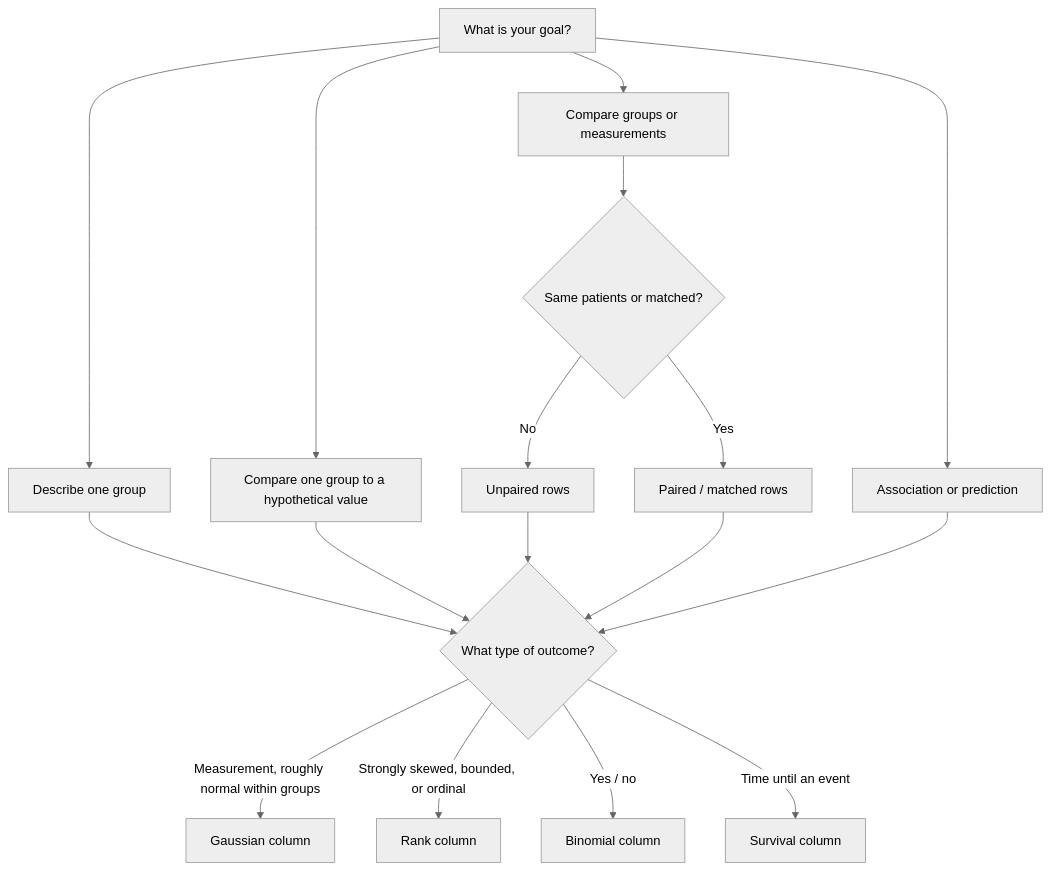
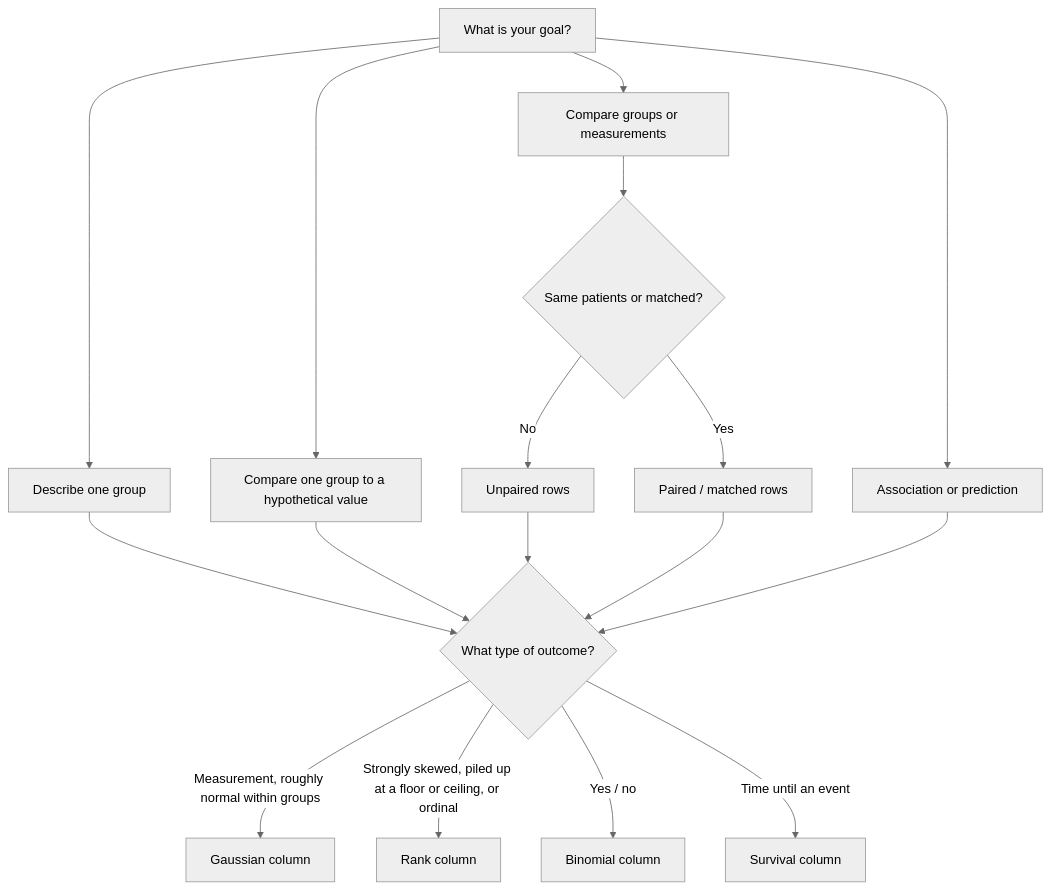
One commit to hfr-ortho/stats-formation changed the diagram in en/foundations/03-distributions.qmd. Above: the diagram before and after it, drawn with Mermaid (neutral theme). The commit also changed other lines of this file and 26 other files, not shown here.

````diff
--- a/en/foundations/03-distributions.qmd
+++ b/en/foundations/03-distributions.qmd
@@ -448,19 +448,19 @@
 ```{mermaid}
 flowchart TD
   A[What is your goal?] --> B[Describe one group]
   A --> M[Compare one group to a hypothetical value]
   A --> C[Compare groups or measurements]
   A --> D[Association or prediction]
   C --> E{Same patients or matched?}
   E -->|No| F[Unpaired rows]
   E -->|Yes| G[Paired / matched rows]
   B --> H{What type of outcome?}
   M --> H
   F --> H
   G --> H
   D --> H
   H -->|Measurement, roughly normal within groups| I[Gaussian column]
-  H -->|Strongly skewed, bounded, or ordinal| J[Rank column]
+  H -->|Strongly skewed, piled up at a floor or ceiling, or ordinal| J[Rank column]
   H -->|Yes / no| K[Binomial column]
   H -->|Time until an event| L[Survival column]
 ```
````
